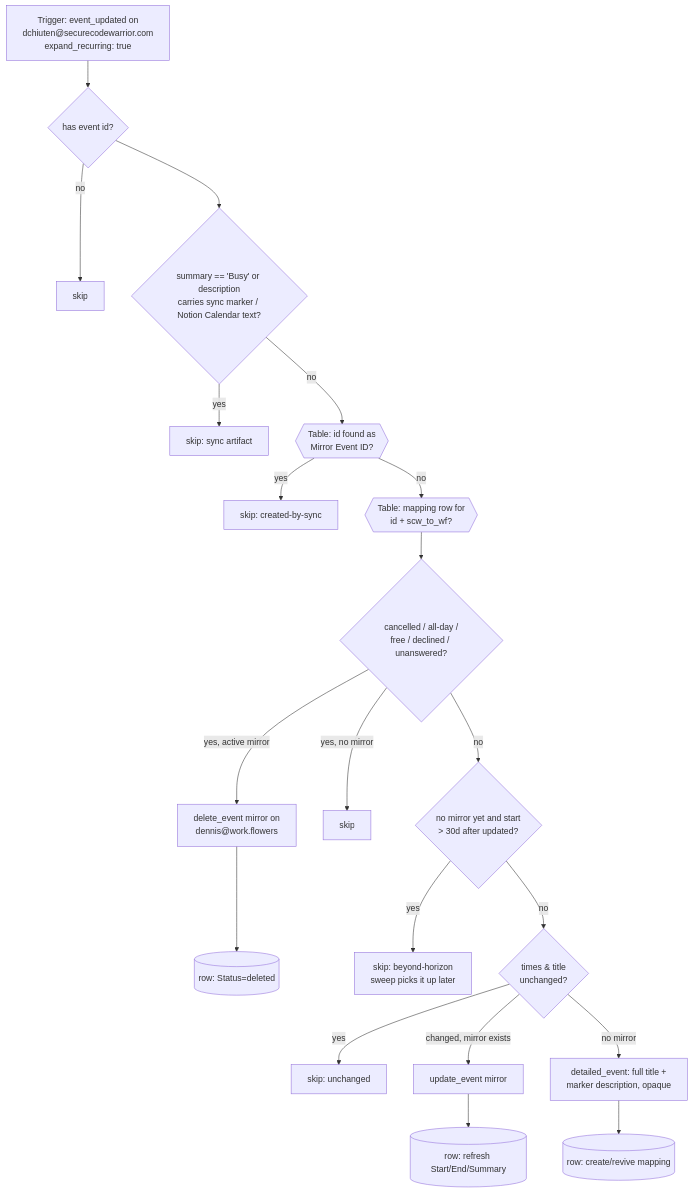
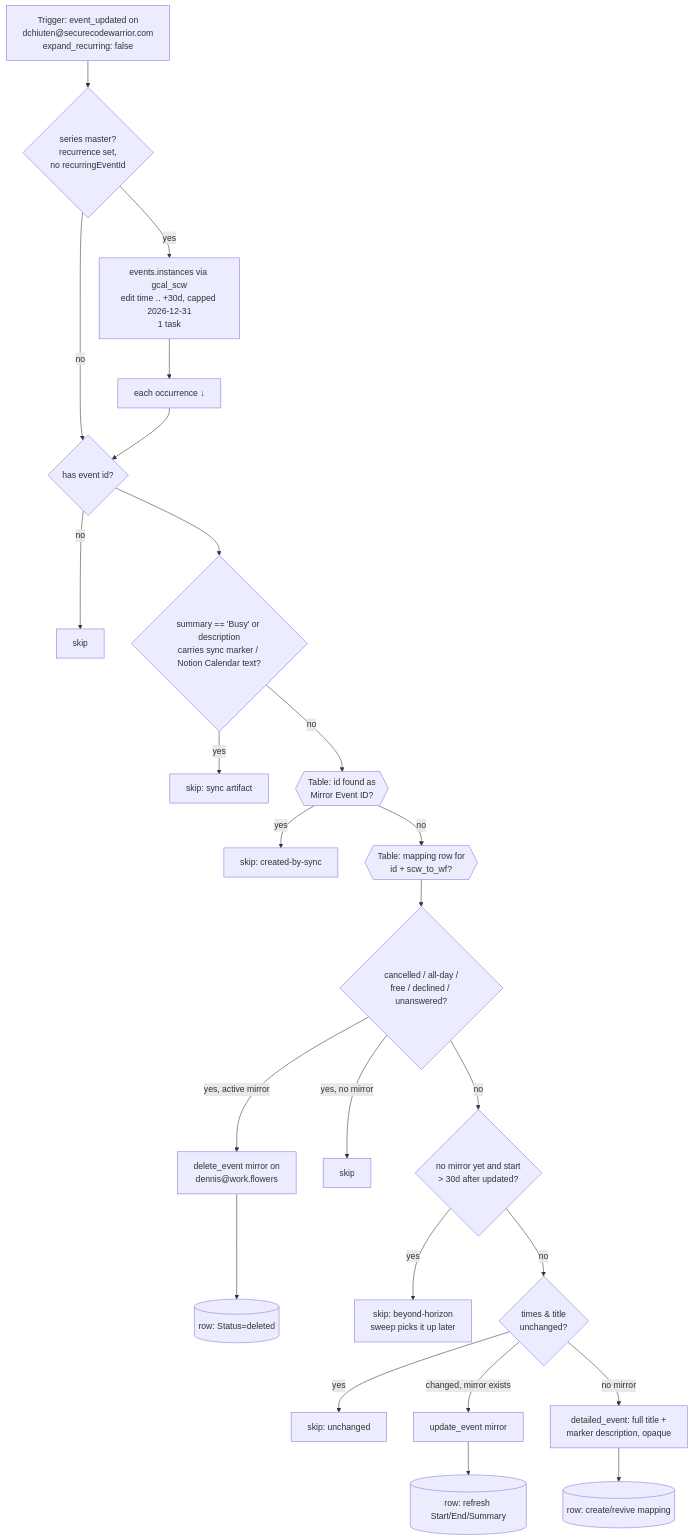
Before and after one commit to work-flowers/zapier-sdk: the diagram in scw-events-to-workflowers-block/README.md, drawn with Mermaid. The commit also changed other lines of this file and 6 other files, not shown here.

First line of the commit message:
Expand recurring series in the calendar Zaps instead of per occurrence

````diff
--- a/scw-events-to-workflowers-block/README.md
+++ b/scw-events-to-workflowers-block/README.md
@@ -7,19 +7,22 @@
 ```mermaid
 flowchart TD
-    T[Trigger: event_updated on\ndchiuten@securecodewarrior.com\nexpand_recurring: true] --> G0{has event id?}
+    T[Trigger: event_updated on\ndchiuten@securecodewarrior.com\nexpand_recurring: false] --> SM{series master?\nrecurrence set,\nno recurringEventId}
+    SM -- yes --> EX[events.instances via gcal_scw\nedit time .. +30d, capped 2026-12-31\n1 task] --> EACH[each occurrence ↓]
+    SM -- no --> G0{has event id?}
+    EACH --> G0
     G0 -- no --> S0[skip]
     G0 --> G1{summary == 'Busy' or description\ncarries sync marker / Notion Calendar text?}
     G1 -- yes --> S1[skip: sync artifact]
     G1 -- no --> G2{{Table: id found as\nMirror Event ID?}}
     G2 -- yes --> S2[skip: created-by-sync]
     G2 -- no --> L{{Table: mapping row for\nid + scw_to_wf?}}
     L --> C{cancelled / all-day /\nfree / declined / unanswered?}
     C -- "yes, active mirror" --> D[delete_event mirror on\ndennis@work.flowers] --> DR[(row: Status=deleted)]
     C -- "yes, no mirror" --> S3[skip]
     C -- no --> H{no mirror yet and start\n> 30d after updated?}
     H -- yes --> S4[skip: beyond-horizon\nsweep picks it up later]
     H -- no --> U{times & title\nunchanged?}
     U -- yes --> S5[skip: unchanged]
     U -- "changed, mirror exists" --> UP[update_event mirror] --> UR[(row: refresh Start/End/Summary)]
     U -- "no mirror" --> CR[detailed_event: full title +\nmarker description, opaque] --> RR[(row: create/revive mapping)]
 ```
````
